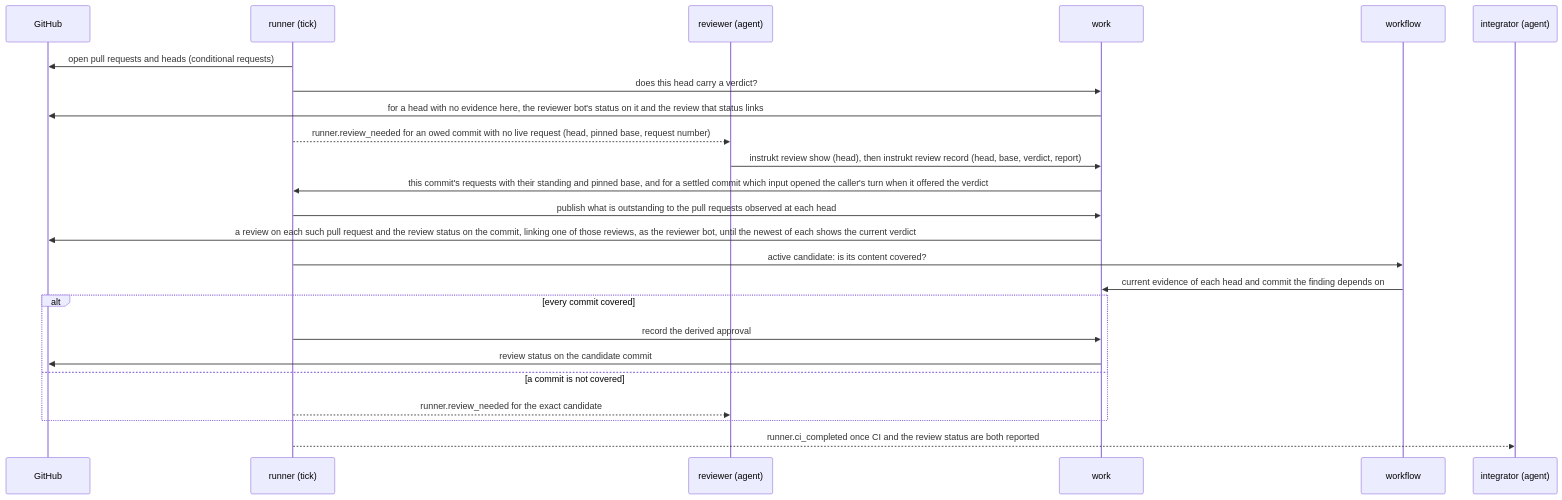
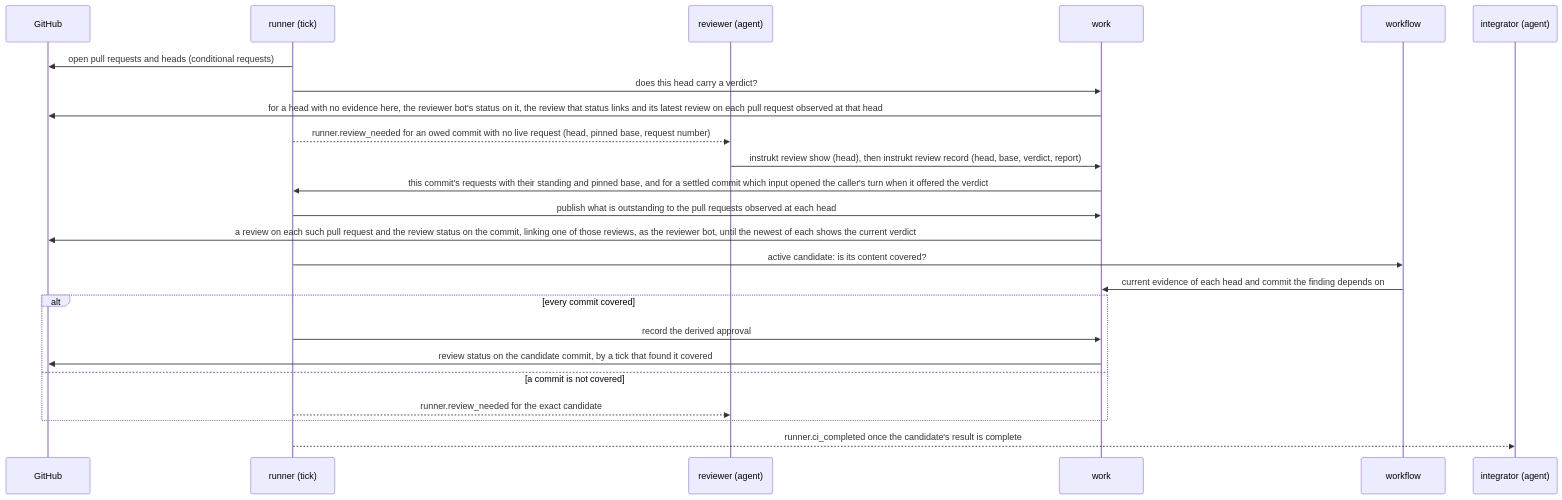
Before and after one commit to InstruktAI/instrukt: the fifth of 5 diagrams in docs/project/design/architecture/overview.md, drawn with Mermaid. The commit also changed other lines of this file and 6 other files, not shown here.

````diff
--- a/docs/project/design/architecture/overview.md
+++ b/docs/project/design/architecture/overview.md
@@ -461,26 +461,26 @@
 ```mermaid
 sequenceDiagram
   participant G as GitHub
   participant R as runner (tick)
   participant V as reviewer (agent)
   participant W as work
   participant F as workflow
   participant I as integrator (agent)
   R->>G: open pull requests and heads (conditional requests)
   R->>W: does this head carry a verdict?
-  W->>G: for a head with no evidence here, the reviewer bot's status on it and the review that status links
+  W->>G: for a head with no evidence here, the reviewer bot's status on it, the review that status links and its latest review on each pull request observed at that head
   R-->>V: runner.review_needed for an owed commit with no live request (head, pinned base, request number)
   V->>W: instrukt review show (head), then instrukt review record (head, base, verdict, report)
   W->>R: this commit's requests with their standing and pinned base, and for a settled commit which input opened the caller's turn when it offered the verdict
   R->>W: publish what is outstanding to the pull requests observed at each head
   W->>G: a review on each such pull request and the review status on the commit, linking one of those reviews, as the reviewer bot, until the newest of each shows the current verdict
   R->>F: active candidate: is its content covered?
   F->>W: current evidence of each head and commit the finding depends on
   alt every commit covered
     R->>W: record the derived approval
-    W->>G: review status on the candidate commit
+    W->>G: review status on the candidate commit, by a tick that found it covered
   else a commit is not covered
     R-->>V: runner.review_needed for the exact candidate
   end
-  R-->>I: runner.ci_completed once CI and the review status are both reported
+  R-->>I: runner.ci_completed once the candidate's result is complete
 ```
````
